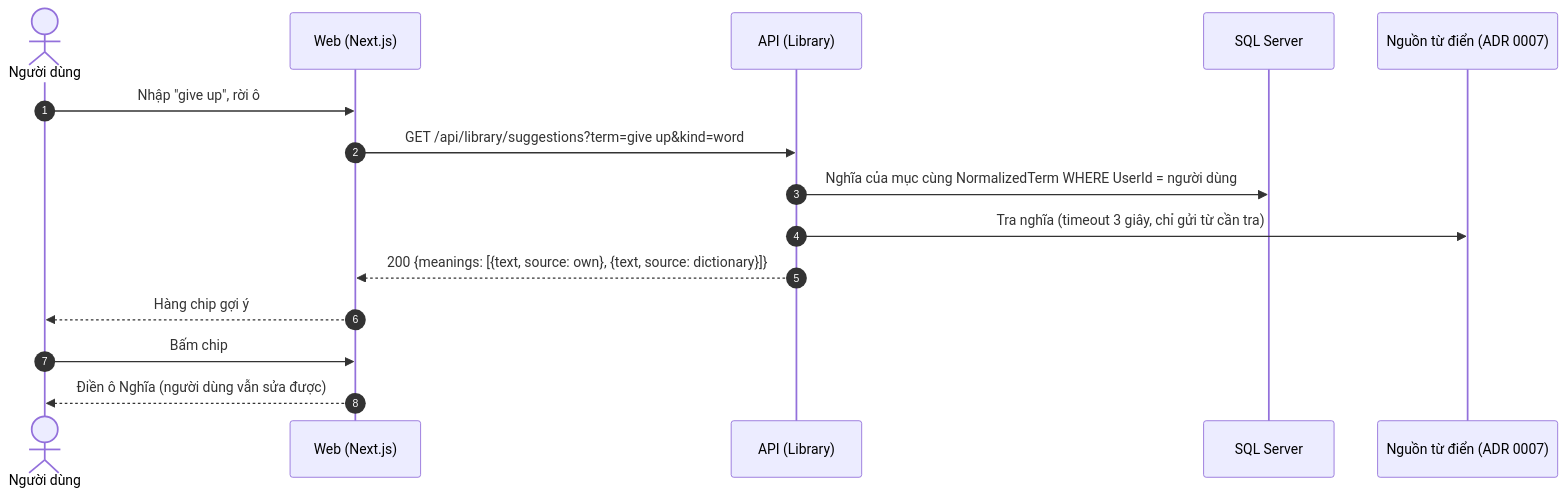
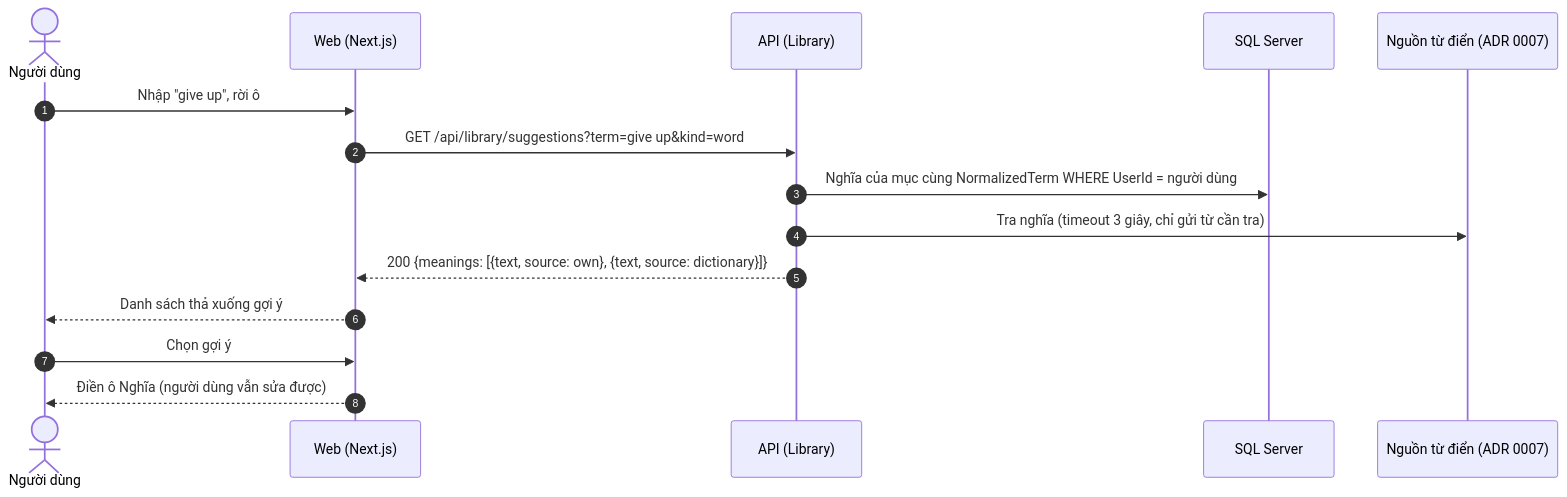
The second of 2 diagrams in docs/features/knowledge-items/srs/US-LIB-09-meaning-suggestions.md (pamela172103/Lingozi), drawn with Mermaid before and after one commit. The commit also changed other lines of this file and 35 other files, not shown here.

````diff
--- a/docs/features/knowledge-items/srs/US-LIB-09-meaning-suggestions.md
+++ b/docs/features/knowledge-items/srs/US-LIB-09-meaning-suggestions.md
@@ -85,17 +85,17 @@
 ```mermaid
 sequenceDiagram
     autonumber
     actor U as Người dùng
     participant W as Web (Next.js)
     participant A as API (Library)
     participant DB as SQL Server
     participant D as Nguồn từ điển (ADR 0007)
     U->>W: Nhập "give up", rời ô
     W->>A: GET /api/library/suggestions?term=give up&kind=word
     A->>DB: Nghĩa của mục cùng NormalizedTerm WHERE UserId = người dùng
     A->>D: Tra nghĩa (timeout 3 giây, chỉ gửi từ cần tra)
     A-->>W: 200 {meanings: [{text, source: own}, {text, source: dictionary}]}
-    W-->>U: Hàng chip gợi ý
-    U->>W: Bấm chip
+    W-->>U: Danh sách thả xuống gợi ý
+    U->>W: Chọn gợi ý
     W-->>U: Điền ô Nghĩa (người dùng vẫn sửa được)
 ```
````
